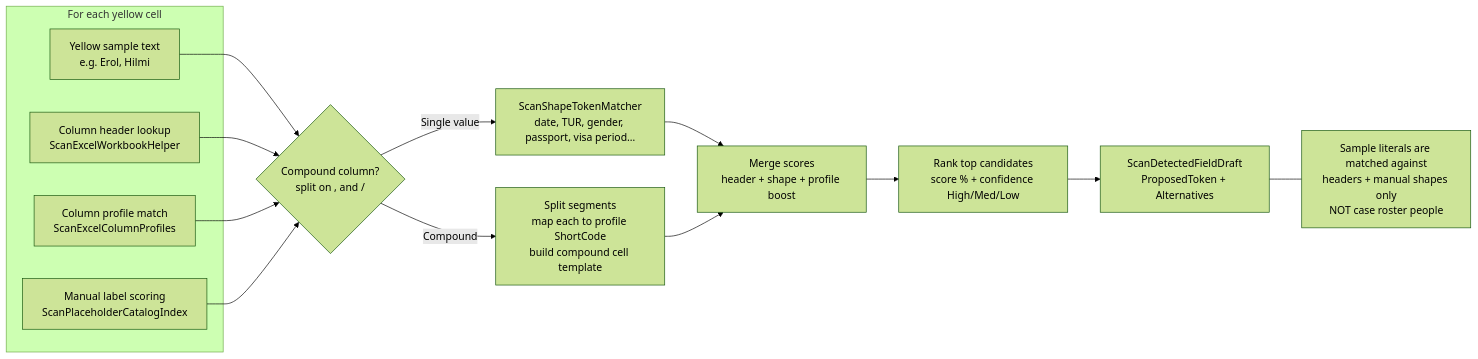
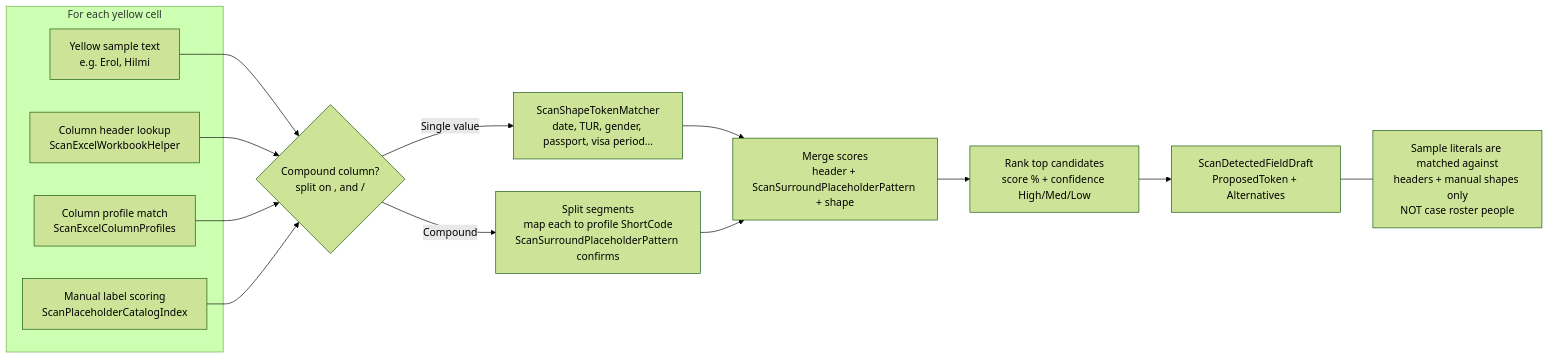
The diagram in docs/diagrams/template-scan-placeholder-guessing/excel-local-rules.mmd (webapis/Visa2026), drawn with Mermaid (forest theme) before and after one commit. The commit also changed 45 other files, not shown here.

```diff
--- a/docs/diagrams/template-scan-placeholder-guessing/excel-local-rules.mmd
+++ b/docs/diagrams/template-scan-placeholder-guessing/excel-local-rules.mmd
@@ -1,24 +1,24 @@
 flowchart LR
     subgraph PerCell["For each yellow cell"]
         Y["Yellow sample text<br/>e.g. Erol, Hilmi"]
         H["Column header lookup<br/>ScanExcelWorkbookHelper"]
         P["Column profile match<br/>ScanExcelColumnProfiles"]
         C["Manual label scoring<br/>ScanPlaceholderCatalogIndex"]
     end
 
     Y --> D{"Compound column?<br/>split on , and /"}
     H --> D
     P --> D
     C --> D
 
     D -->|Single value| S["ScanShapeTokenMatcher<br/>date, TUR, gender, passport, visa period…"]
-    D -->|Compound| X["Split segments<br/>map each to profile ShortCode<br/>build compound cell template"]
+    D -->|Compound| X["Split segments<br/>map each to profile ShortCode<br/>ScanSurroundPlaceholderPattern confirms"]
 
-    S --> M["Merge scores<br/>header + shape + profile boost"]
+    S --> M["Merge scores<br/>header + ScanSurroundPlaceholderPattern + shape"]
     X --> M
 
     M --> R["Rank top candidates<br/>score % + confidence High/Med/Low"]
     R --> T["ScanDetectedFieldDraft<br/>ProposedToken + Alternatives"]
 
     note1["Sample literals are matched against<br/>headers + manual shapes only<br/>NOT case roster people"]
     T --- note1
```
